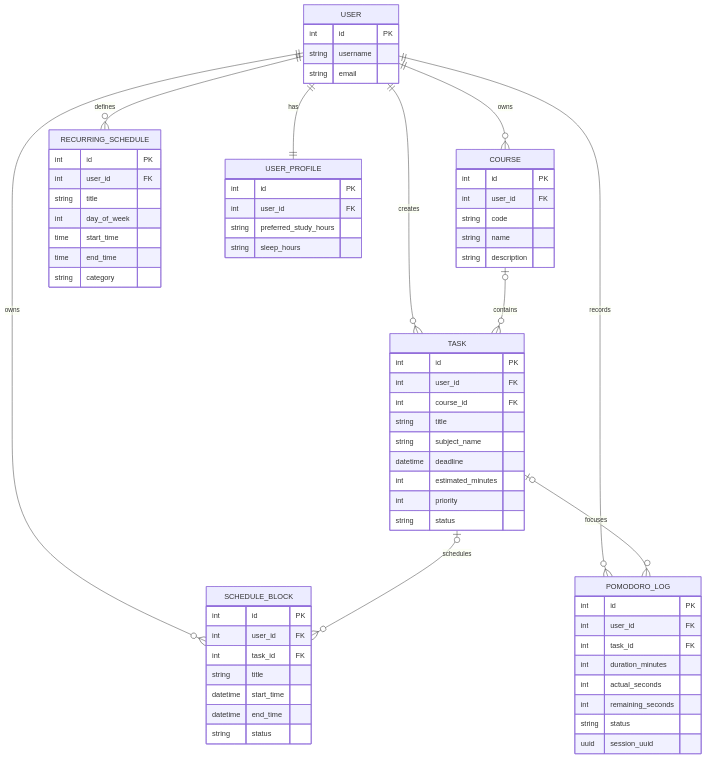
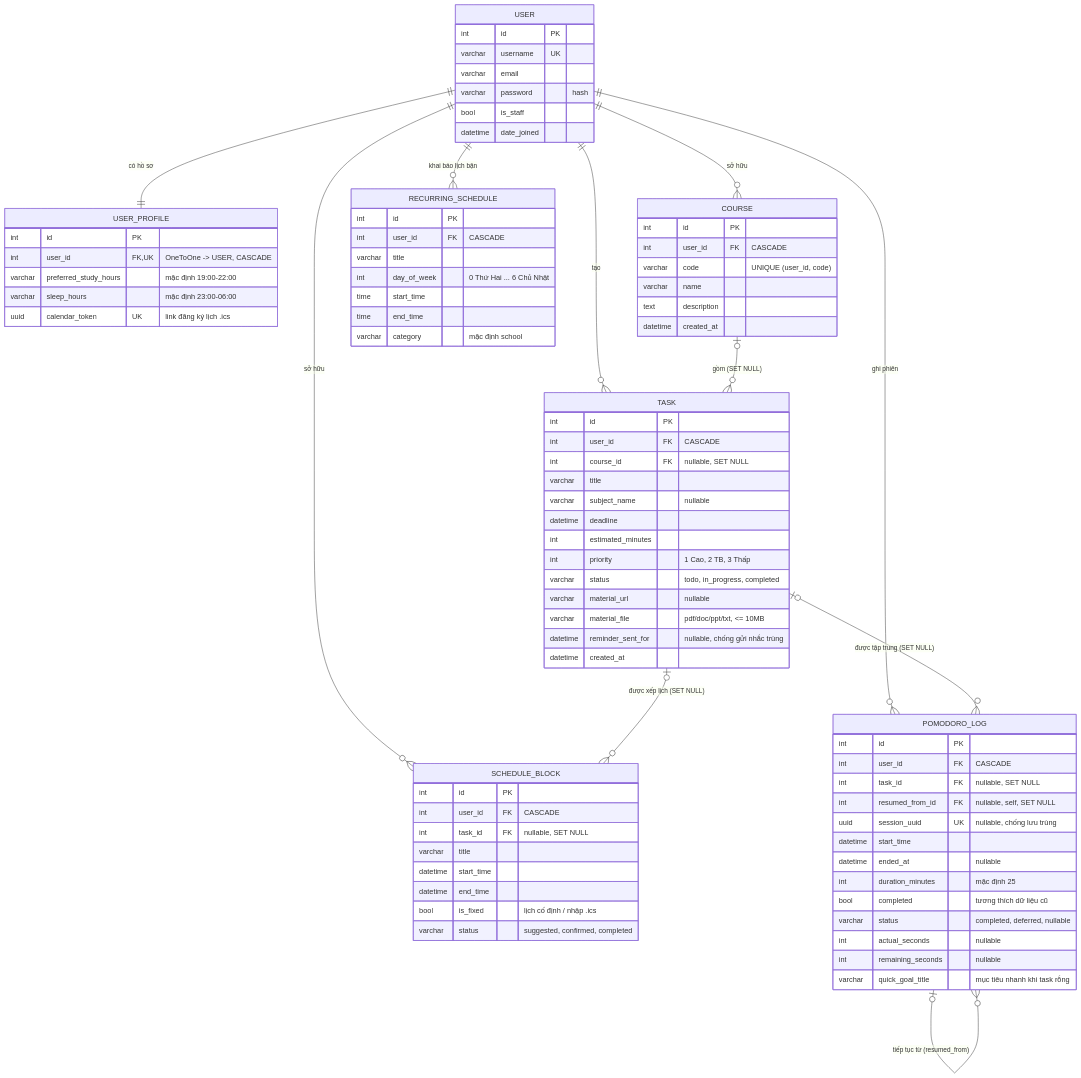
The diagram in README.md (Guarz/010100087202-LapTrinhPython), drawn with Mermaid before and after one commit. The commit also changed other lines of this file and 2 other files, not shown here.

Commit message:
update erd

````diff
--- a/README.md
+++ b/README.md
@@ -199,70 +199,92 @@
 ```mermaid
 erDiagram
-    USER ||--o{ COURSE : owns
-    USER ||--o{ TASK : creates
-    COURSE o|--o{ TASK : contains
-    USER ||--o{ SCHEDULE_BLOCK : owns
-    TASK o|--o{ SCHEDULE_BLOCK : schedules
-    USER ||--o{ RECURRING_SCHEDULE : defines
-    USER ||--o{ POMODORO_LOG : records
-    TASK o|--o{ POMODORO_LOG : focuses
-    USER ||--|| USER_PROFILE : has
+    USER ||--|| USER_PROFILE : "có hồ sơ"
+    USER ||--o{ COURSE : "sở hữu"
+    USER ||--o{ TASK : "tạo"
+    USER ||--o{ RECURRING_SCHEDULE : "khai báo lịch bận"
+    USER ||--o{ SCHEDULE_BLOCK : "sở hữu"
+    USER ||--o{ POMODORO_LOG : "ghi phiên"
+    COURSE |o--o{ TASK : "gồm (SET NULL)"
+    TASK |o--o{ SCHEDULE_BLOCK : "được xếp lịch (SET NULL)"
+    TASK |o--o{ POMODORO_LOG : "được tập trung (SET NULL)"
+    POMODORO_LOG |o--o{ POMODORO_LOG : "tiếp tục từ (resumed_from)"
 
     USER {
         int id PK
-        string username
-        string email
+        varchar username UK
+        varchar email
+        varchar password "hash"
+        bool is_staff
+        datetime date_joined
     }
+
+    USER_PROFILE {
+        int id PK
+        int user_id FK, UK "OneToOne -> USER, CASCADE"
+        varchar preferred_study_hours "mặc định 19:00-22:00"
+        varchar sleep_hours "mặc định 23:00-06:00"
+        uuid calendar_token UK "link đăng ký lịch .ics"
+    }
+
     COURSE {
         int id PK
-        int user_id FK
-        string code
-        string name
-        string description
+        int user_id FK "CASCADE"
+        varchar code "UNIQUE (user_id, code)"
+        varchar name
+        text description
+        datetime created_at
     }
+
     TASK {
         int id PK
-        int user_id FK
-        int course_id FK
-        string title
-        string subject_name
+        int user_id FK "CASCADE"
+        int course_id FK "nullable, SET NULL"
+        varchar title
+        varchar subject_name "nullable"
         datetime deadline
         int estimated_minutes
-        int priority
-        string status
+        int priority "1 Cao, 2 TB, 3 Thấp"
+        varchar status "todo, in_progress, completed"
+        varchar material_url "nullable"
+        varchar material_file "pdf/doc/ppt/txt, <= 10MB"
+        datetime reminder_sent_for "nullable, chống gửi nhắc trùng"
+        datetime created_at
     }
+
+    RECURRING_SCHEDULE {
+        int id PK
+        int user_id FK "CASCADE"
+        varchar title
+        int day_of_week "0 Thứ Hai ... 6 Chủ Nhật"
+        time start_time
+        time end_time
+        varchar category "mặc định school"
+    }
+
     SCHEDULE_BLOCK {
         int id PK
-        int user_id FK
-        int task_id FK
-        string title
+        int user_id FK "CASCADE"
+        int task_id FK "nullable, SET NULL"
+        varchar title
         datetime start_time
         datetime end_time
-        string status
+        bool is_fixed "lịch cố định / nhập .ics"
+        varchar status "suggested, confirmed, completed"
     }
-    RECURRING_SCHEDULE {
-        int id PK
-        int user_id FK
-        string title
-        int day_of_week
-        time start_time
-        time end_time
-        string category
-    }
+
     POMODORO_LOG {
         int id PK
-        int user_id FK
-        int task_id FK
-        int duration_minutes
-        int actual_seconds
-        int remaining_seconds
-        string status
-        uuid session_uuid
-    }
-    USER_PROFILE {
-        int id PK
-        int user_id FK
-        string preferred_study_hours
-        string sleep_hours
+        int user_id FK "CASCADE"
+        int task_id FK "nullable, SET NULL"
+        int resumed_from_id FK "nullable, self, SET NULL"
+        uuid session_uuid UK "nullable, chống lưu trùng"
+        datetime start_time
+        datetime ended_at "nullable"
+        int duration_minutes "mặc định 25"
+        bool completed "tương thích dữ liệu cũ"
+        varchar status "completed, deferred, nullable"
+        int actual_seconds "nullable"
+        int remaining_seconds "nullable"
+        varchar quick_goal_title "mục tiêu nhanh khi task rỗng"
     }
 ```
````
